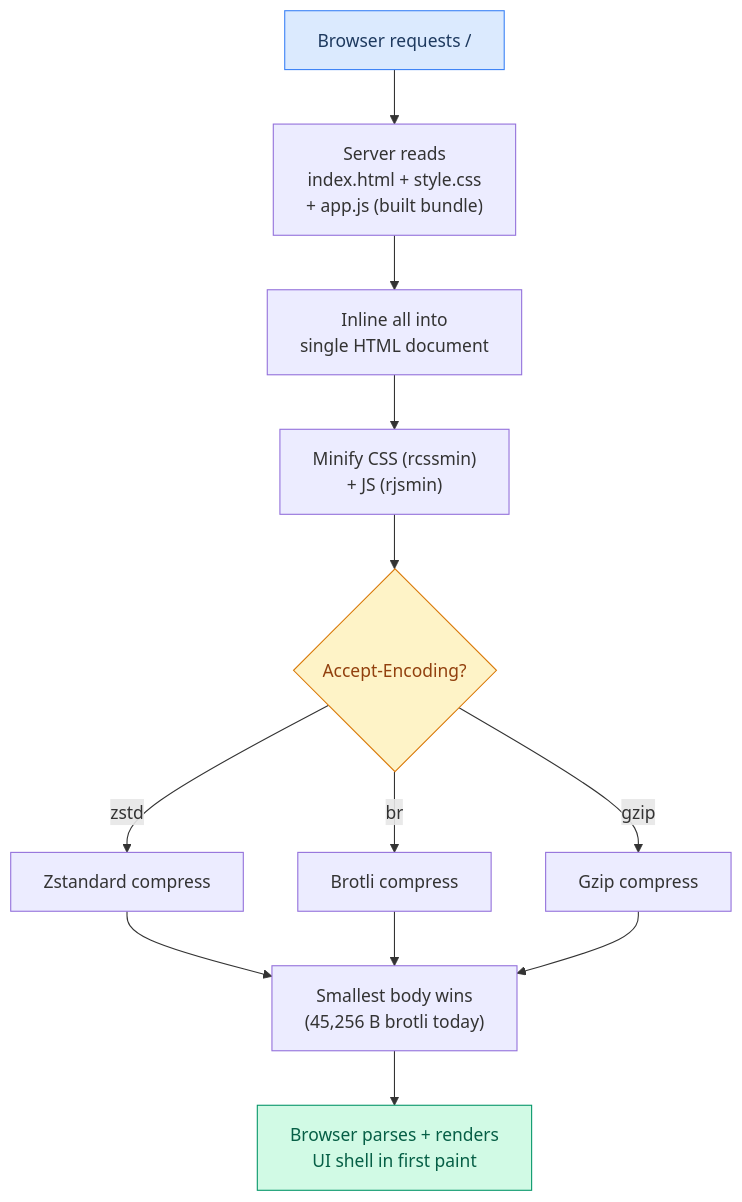
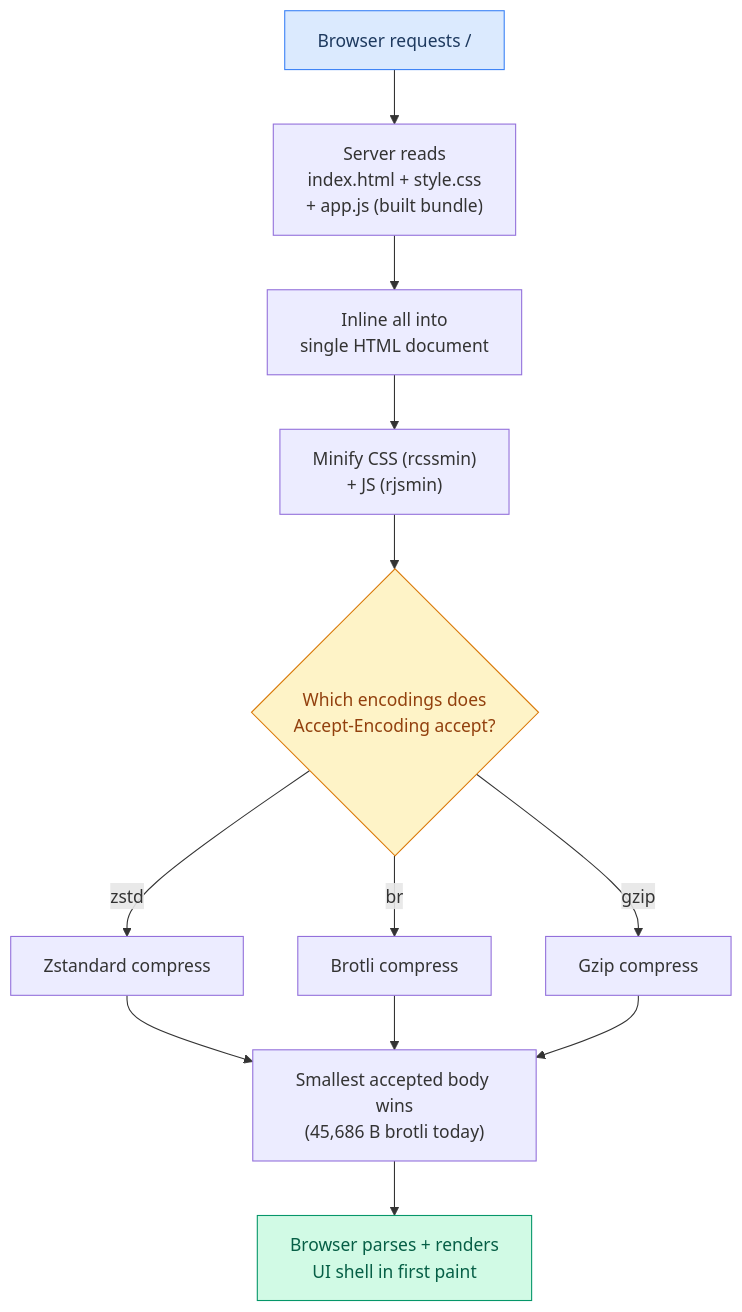
Diagram 16 of 18 in docs/USER_STORIES.md (maci0/recoverage), drawn with Mermaid before and after one commit. The commit also changed other lines of this file and 6 other files, not shown here.

````diff
--- a/docs/USER_STORIES.md
+++ b/docs/USER_STORIES.md
@@ -512,18 +512,18 @@
 ```mermaid
 graph TD
     A["Browser requests /"] --> B["Server reads<br/>index.html + style.css<br/>+ app.js (built bundle)"]
     B --> C["Inline all into<br/>single HTML document"]
     C --> D["Minify CSS (rcssmin)<br/>+ JS (rjsmin)"]
-    D --> E{"Accept-Encoding?"}
+    D --> E{"Which encodings does<br/>Accept-Encoding accept?"}
     E -->|zstd| F["Zstandard compress"]
     E -->|br| G["Brotli compress"]
     E -->|gzip| H["Gzip compress"]
-    F --> I["Smallest body wins<br/>(45,256 B brotli today)"]
+    F --> I["Smallest accepted body wins<br/>(45,686 B brotli today)"]
     G --> I
     H --> I
     I --> J["Browser parses + renders<br/>UI shell in first paint"]
 
     style A fill:#dbeafe,stroke:#3b82f6,color:#1e3a5f
     style J fill:#d1fae5,stroke:#059669,color:#065f46
     style E fill:#fef3c7,stroke:#d97706,color:#92400e
 ```
````
